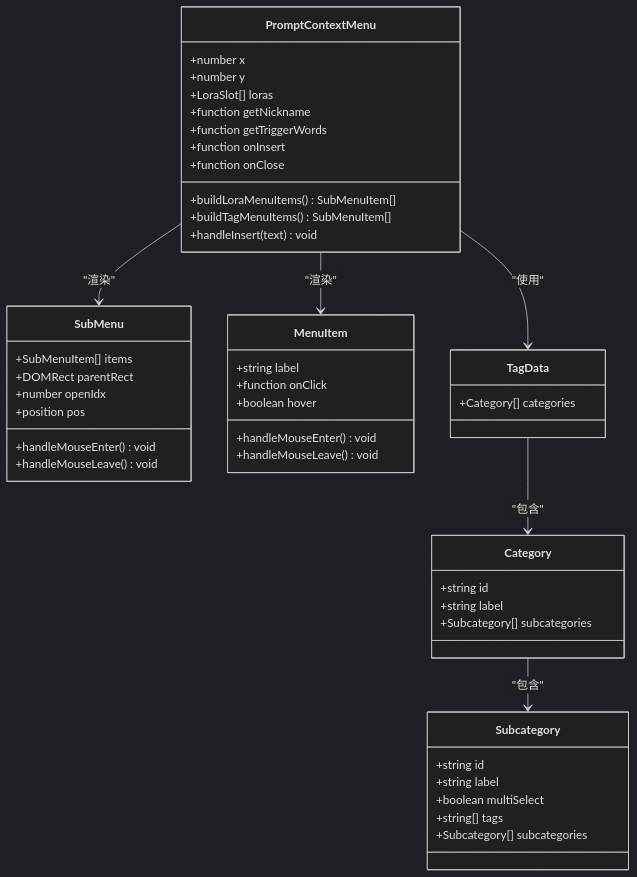
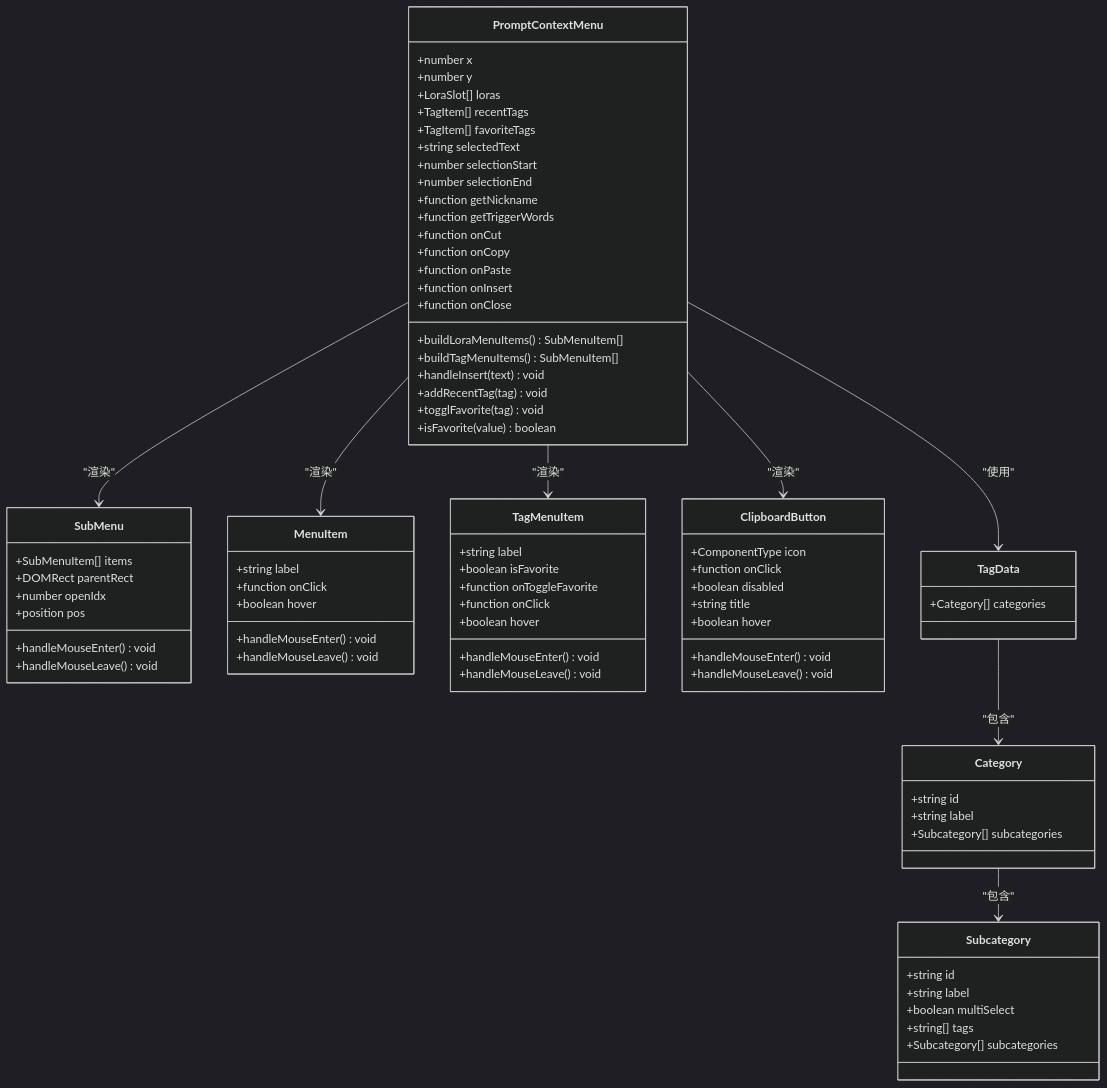
The third of 17 diagrams in .qoder/repowiki/zh/content/用户界面组件/提示词上下文菜单.md (billye220670/CorineKit_Pix2Real), drawn with Mermaid (dark theme) before and after one commit. The commit also changed other lines of this file and 49 other files, not shown here.

Commit message:
chore: update repowiki, metadata thumbnails, prompt context menu, and AI agent requirement docs

````diff
--- a/.qoder/repowiki/zh/content/用户界面组件/提示词上下文菜单.md
+++ b/.qoder/repowiki/zh/content/用户界面组件/提示词上下文菜单.md
@@ -156,50 +197,81 @@
 ```mermaid
 classDiagram
 class PromptContextMenu {
 +number x
 +number y
 +LoraSlot[] loras
++TagItem[] recentTags
++TagItem[] favoriteTags
++string selectedText
++number selectionStart
++number selectionEnd
 +function getNickname
 +function getTriggerWords
++function onCut
++function onCopy
++function onPaste
 +function onInsert
 +function onClose
 +buildLoraMenuItems() SubMenuItem[]
 +buildTagMenuItems() SubMenuItem[]
 +handleInsert(text) void
++addRecentTag(tag) void
++togglFavorite(tag) void
++isFavorite(value) boolean
 }
 class SubMenu {
 +SubMenuItem[] items
 +DOMRect parentRect
 +number openIdx
 +position pos
 +handleMouseEnter() void
 +handleMouseLeave() void
 }
 class MenuItem {
 +string label
 +function onClick
++boolean hover
++handleMouseEnter() void
++handleMouseLeave() void
+}
+class TagMenuItem {
++string label
++boolean isFavorite
++function onToggleFavorite
++function onClick
++boolean hover
++handleMouseEnter() void
++handleMouseLeave() void
+}
+class ClipboardButton {
++ComponentType icon
++function onClick
++boolean disabled
++string title
 +boolean hover
 +handleMouseEnter() void
 +handleMouseLeave() void
 }
 class TagData {
 +Category[] categories
 }
 class Category {
 +string id
 +string label
 +Subcategory[] subcategories
 }
 class Subcategory {
 +string id
 +string label
 +boolean multiSelect
 +string[] tags
 +Subcategory[] subcategories
 }
 PromptContextMenu --> SubMenu : "渲染"
 PromptContextMenu --> MenuItem : "渲染"
+PromptContextMenu --> TagMenuItem : "渲染"
+PromptContextMenu --> ClipboardButton : "渲染"
 PromptContextMenu --> TagData : "使用"
 TagData --> Category : "包含"
 Category --> Subcategory : "包含"
 ```
````
